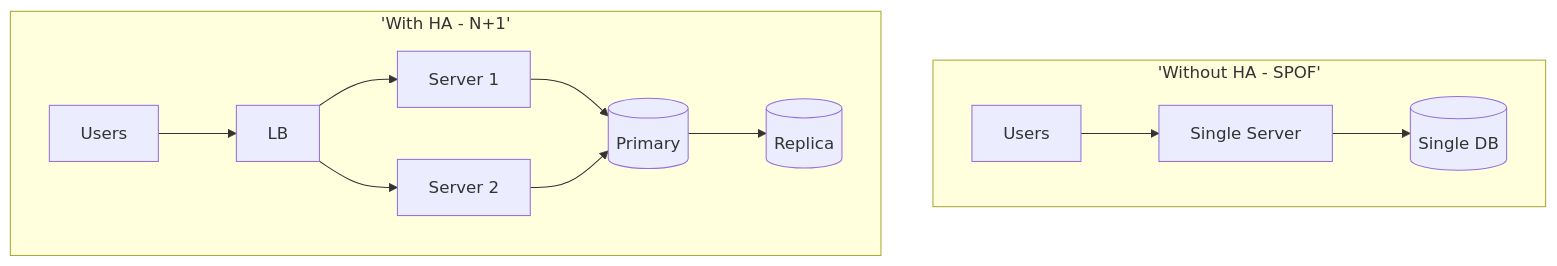
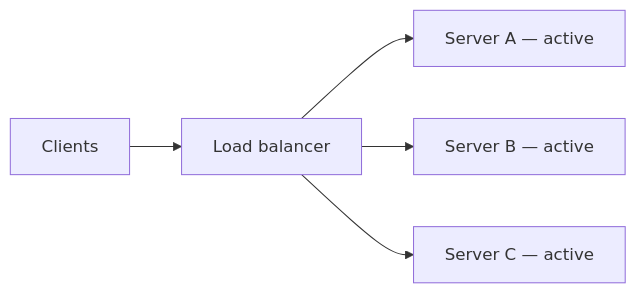
Before and after one commit to hareramcse/SystemDesign: diagram 12 of 34 in 12-reliability-engineering/README.md, drawn with Mermaid. The commit also changed other lines of this file and 1 other file, not shown here.

````diff
--- a/12-reliability-engineering/README.md
+++ b/12-reliability-engineering/README.md
@@ -167,14 +408,7 @@
 ```mermaid
-flowchart TB
-    subgraph WithoutHA['Without HA - SPOF']
-        U1[Users] --> S1[Single Server]
-        S1 --> DB1[(Single DB)]
-    end
-    subgraph WithHA['With HA - N+1']
-        U2[Users] --> LB2[LB]
-        LB2 --> S2a[Server 1]
-        LB2 --> S2b[Server 2]
-        S2a & S2b --> DBP2[(Primary)]
-        DBP2 --> DBR2[(Replica)]
-    end
+flowchart LR
+    Clients[Clients] --> LB[Load balancer]
+    LB --> SA[Server A — active]
+    LB --> SB[Server B — active]
+    LB --> SC[Server C — active]
 ```
````
